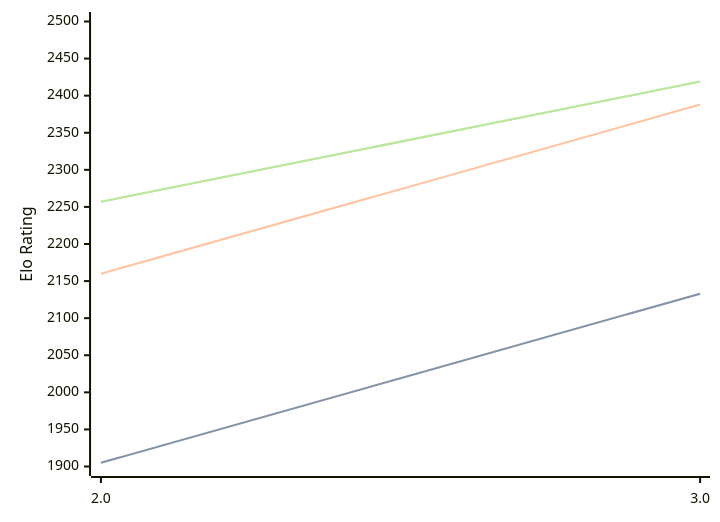
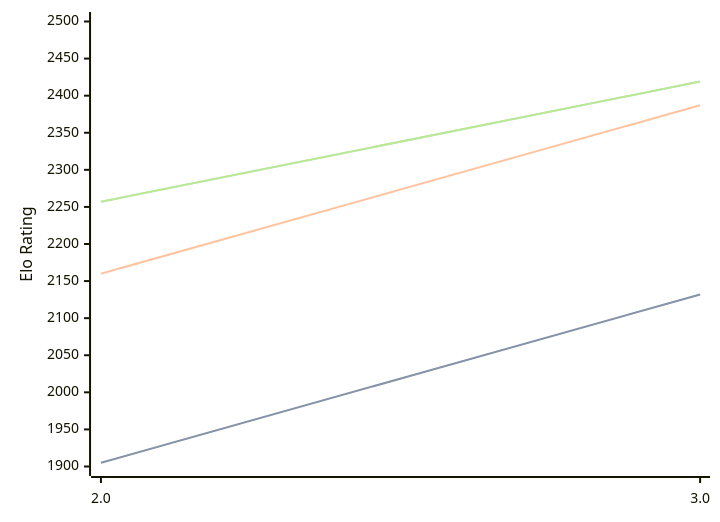
Before and after one commit to computer-chess-index/cci: the diagram in engines/Zeno.md, drawn with Mermaid. The commit also changed other lines of this file, not shown here.

````diff
--- a/engines/Zeno.md
+++ b/engines/Zeno.md
@@ -32,11 +32,11 @@
 ```mermaid
 %%{init: {"theme":"base","themeVariables":{"seriesColors:['#a3a3a3','#222221','#faa371']}}}%%
 xychart-beta
   x-axis ["2.0", "3.0"]
   y-axis "Elo Rating" 1900 --> 2500
-  line "" [1905, 2133]
-  line "STC (8.0+0.08s)" [1905, 2133]
-  line "LTC (60.0+0.60s)" [2160, 2388]
+  line "" [1905, 2132]
+  line "STC (8.0+0.08s)" [1905, 2132]
+  line "LTC (60.0+0.60s)" [2160, 2387]
   line "" [2257, 2419]
   line "VLTC (2m24s+1.12s)" [2257, 2419]
 ```
````
